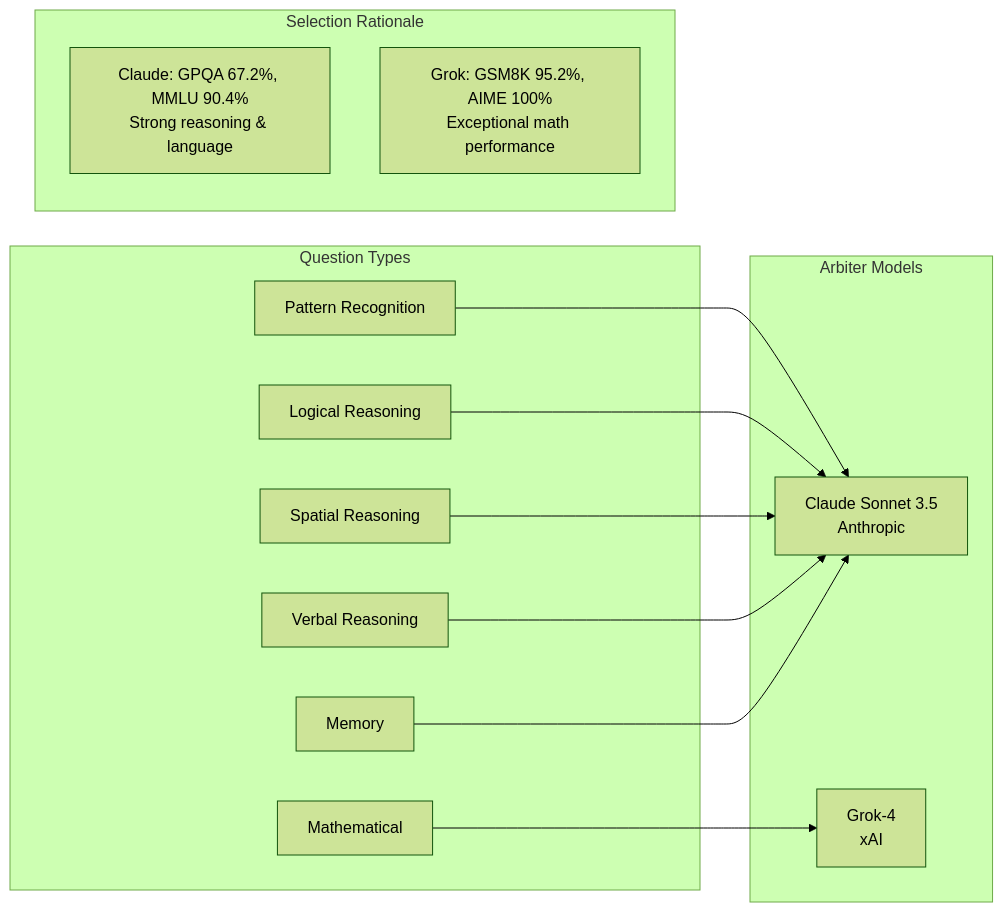
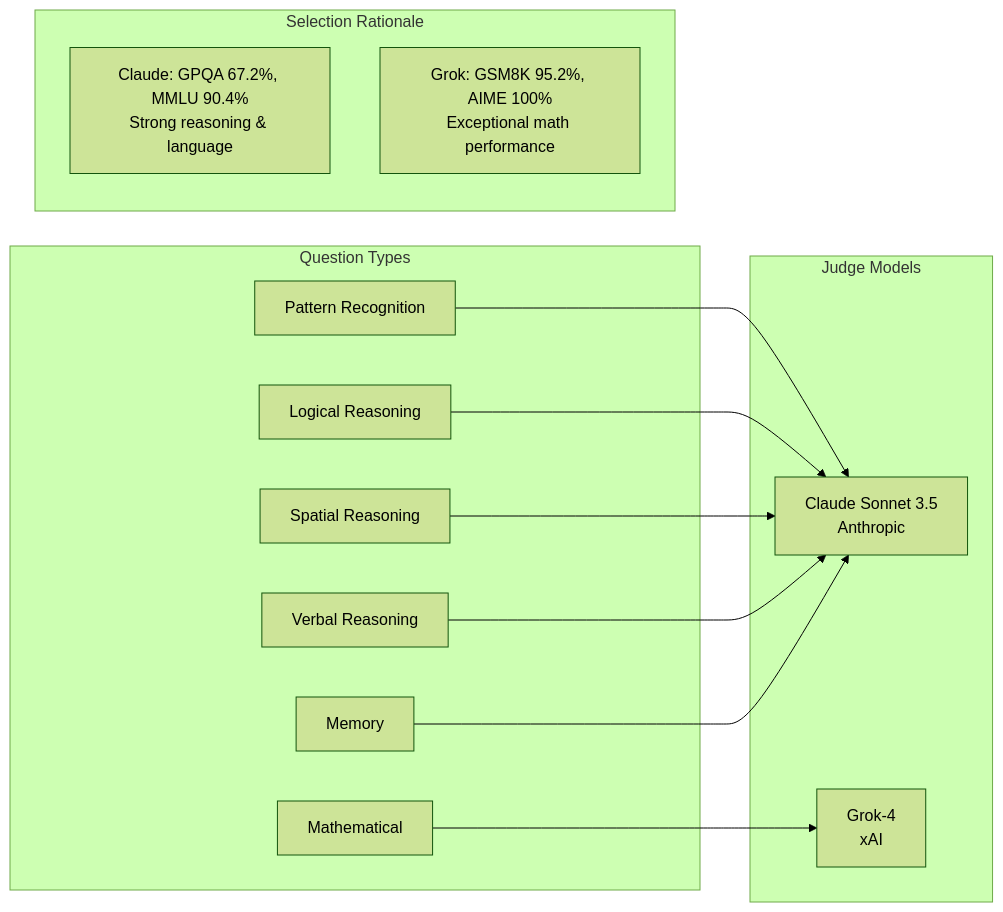
The eighth of 15 diagrams in question-service/docs/ARCHITECTURE.md (gioe/aiq), drawn with Mermaid (forest theme) before and after one commit. The commit also changed other lines of this file and 58 other files, not shown here.

First line of the commit message:
refactor: Rename arbiter to judge throughout codebase

````diff
--- a/question-service/docs/ARCHITECTURE.md
+++ b/question-service/docs/ARCHITECTURE.md
@@ -451,28 +451,28 @@
 ```mermaid
 flowchart LR
     subgraph QuestionTypes["Question Types"]
         PATTERN["Pattern Recognition"]
         LOGIC["Logical Reasoning"]
         SPATIAL["Spatial Reasoning"]
         MATH["Mathematical"]
         VERBAL["Verbal Reasoning"]
         MEMORY["Memory"]
     end
 
-    subgraph ArbiterModels["Arbiter Models"]
+    subgraph JudgeModels["Judge Models"]
         CLAUDE["Claude Sonnet 3.5<br/>Anthropic"]
         GROK["Grok-4<br/>xAI"]
     end
 
     PATTERN --> CLAUDE
     LOGIC --> CLAUDE
     SPATIAL --> CLAUDE
     VERBAL --> CLAUDE
     MEMORY --> CLAUDE
     MATH --> GROK
 
     subgraph Rationale["Selection Rationale"]
         CLAUDE_WHY["Claude: GPQA 67.2%, MMLU 90.4%<br/>Strong reasoning & language"]
         GROK_WHY["Grok: GSM8K 95.2%, AIME 100%<br/>Exceptional math performance"]
     end
 ```
````
